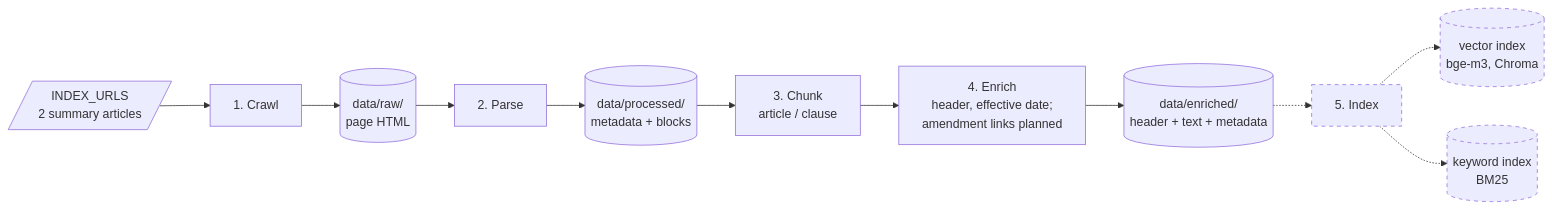
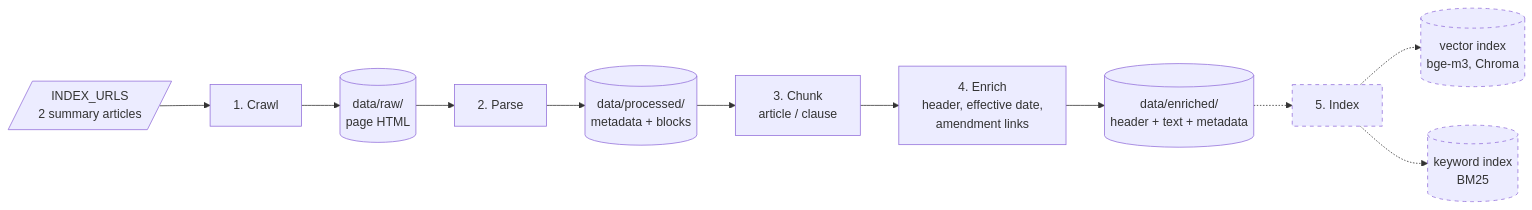
One commit to HieuQuang4438/vn-tax-law-rag changed the first of 2 diagrams in docs/product/architecture.md. Above: the diagram before and after it, drawn with Mermaid. The commit also changed other lines of this file and 8 other files, not shown here.

First line of the commit message:
src: read amendment links and invert them onto chunks

````diff
--- a/docs/product/architecture.md
+++ b/docs/product/architecture.md
@@ -22,16 +22,16 @@
 ```mermaid
 flowchart LR
     lists[/"INDEX_URLS<br/>2 summary articles"/] --> s1[1. Crawl]
     s1 --> raw[("data/raw/<br/>page HTML")]
     raw --> s2[2. Parse]
     s2 --> proc[("data/processed/<br/>metadata + blocks")]
     proc --> s3[3. Chunk<br/>article / clause]
-    s3 --> s4[4. Enrich<br/>header, effective date;<br/>amendment links planned]
+    s3 --> s4[4. Enrich<br/>header, effective date,<br/>amendment links]
     s4 --> chunks[("data/enriched/<br/>header + text + metadata")]
     chunks -.-> s5[5. Index]
     s5 -.-> vec[("vector index<br/>bge-m3, Chroma")]
     s5 -.-> kw[("keyword index<br/>BM25")]
 
     classDef planned stroke-dasharray: 5 5
     class s5,vec,kw planned
 ```
````
